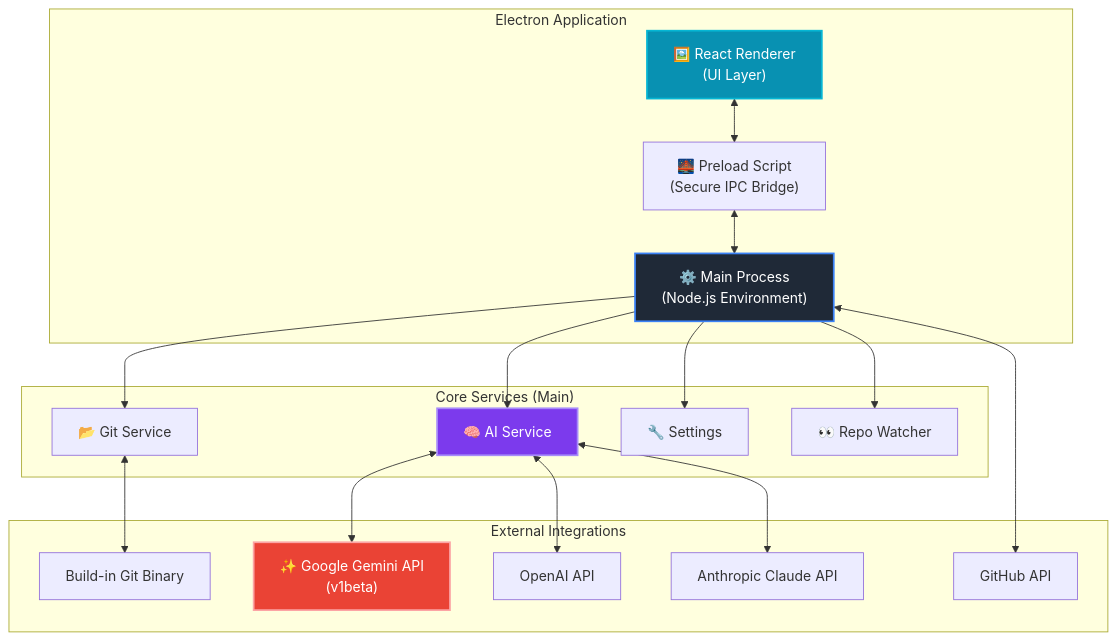
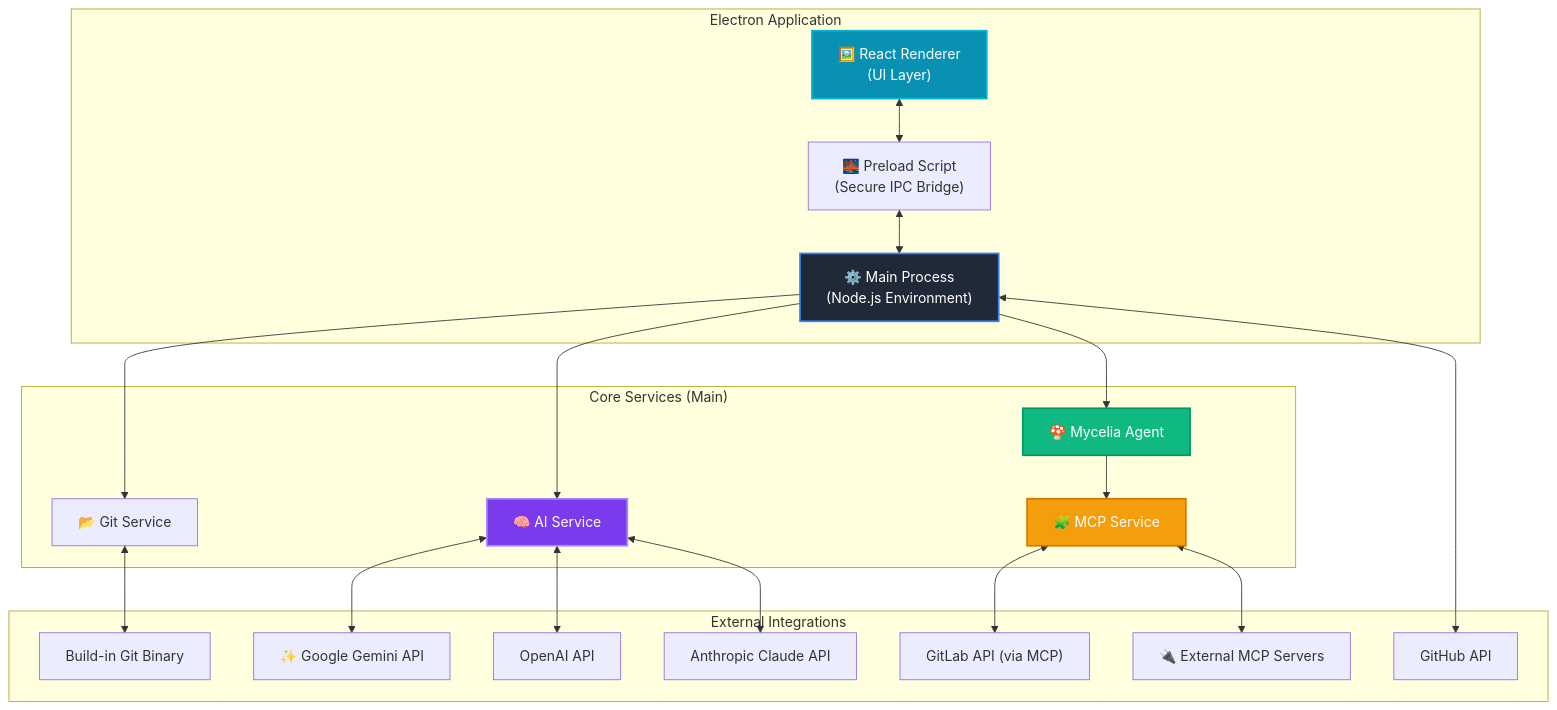
The diagram in README.md (TainYanTun/GitCanopy), drawn with Mermaid before and after one commit. The commit also changed other lines of this file and 3 other files, not shown here.

Commit message:
docs: document Mycelia AI Agent and MCP integration across README, setup, and dev logs

````diff
--- a/README.md
+++ b/README.md
@@ -81,41 +85,46 @@
 ```mermaid
 graph TD
     subgraph "Electron Application"
         Renderer["🖼️ React Renderer<br/>(UI Layer)"]
         Main["⚙️ Main Process<br/>(Node.js Environment)"]
         Preload["🌉 Preload Script<br/>(Secure IPC Bridge)"]
         
         Renderer <--> Preload <--> Main
     end
 
     subgraph "Core Services (Main)"
         GitService["📂 Git Service"]
         AiService["🧠 AI Service"]
-        Settings["🔧 Settings"]
-        Watcher["👀 Repo Watcher"]
+        Mycelia["🍄 Mycelia Agent"]
+        McpService["🧩 MCP Service"]
         
         Main --> GitService
         Main --> AiService
-        Main --> Settings
-        Main --> Watcher
+        Main --> Mycelia
+        Mycelia --> McpService
     end
 
     subgraph "External Integrations"
         GitCLI["Build-in Git Binary"]
-        GeminiAPI["✨ Google Gemini API<br/>(v1beta)"]
+        GeminiAPI["✨ Google Gemini API"]
         OpenAI_API["OpenAI API"]
         Claude_API["Anthropic Claude API"]
         GitHubAPI["GitHub API"]
+        GitLabAPI["GitLab API (via MCP)"]
+        McpServers["🔌 External MCP Servers"]
         
         GitService <--> GitCLI
         AiService <--> GeminiAPI
         AiService <--> OpenAI_API
         AiService <--> Claude_API
         Main <--> GitHubAPI
+        McpService <--> GitLabAPI
+        McpService <--> McpServers
     end
 
     style Renderer fill:#0891b2,stroke:#06b6d4,stroke-width:2px,color:#fff
     style Main fill:#1f2937,stroke:#3b82f6,stroke-width:2px,color:#fff
     style AiService fill:#7c3aed,stroke:#a78bfa,stroke-width:2px,color:#fff
-    style GeminiAPI fill:#ea4335,stroke:#fca5a5,stroke-width:2px,color:#fff
+    style Mycelia fill:#10b981,stroke:#059669,stroke-width:2px,color:#fff
+    style McpService fill:#f59e0b,stroke:#d97706,stroke-width:2px,color:#fff
 ```
````
